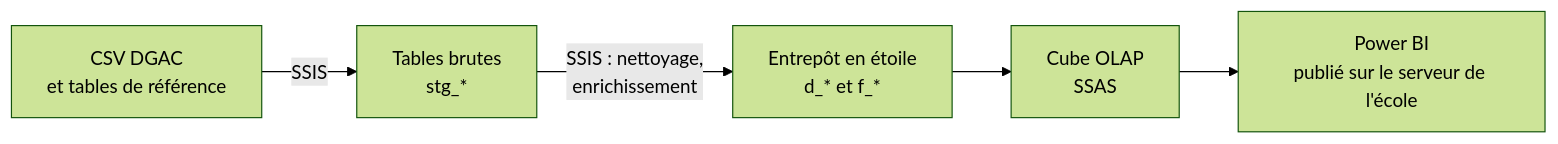
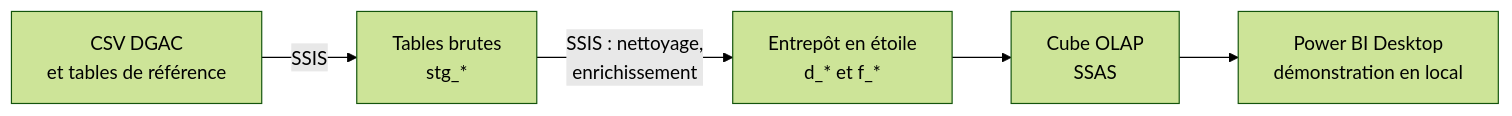
The second of 2 diagrams in README.md (DANUTSHELL/PROJET-Dashboard-Trafic-Aerien-Commercial-Francais-par-Aeroport), drawn with Mermaid (forest theme) before and after one commit. The commit also changed other lines of this file and 3 other files, not shown here.

Commit message:
docs: chaîne et démonstration en local, sans publication sur le serveur de l'école

````diff
--- a/README.md
+++ b/README.md
@@ -211,7 +211,7 @@
 ```mermaid
 graph LR
     CSV[CSV DGAC<br/>et tables de référence] -->|SSIS| STG[Tables brutes<br/>stg_*]
     STG -->|SSIS : nettoyage,<br/>enrichissement| DW[Entrepôt en étoile<br/>d_* et f_*]
     DW --> CUBE[Cube OLAP<br/>SSAS]
-    CUBE --> PBI[Power BI<br/>publié sur le serveur de l'école]
+    CUBE --> PBI[Power BI Desktop<br/>démonstration en local]
 ```
````
